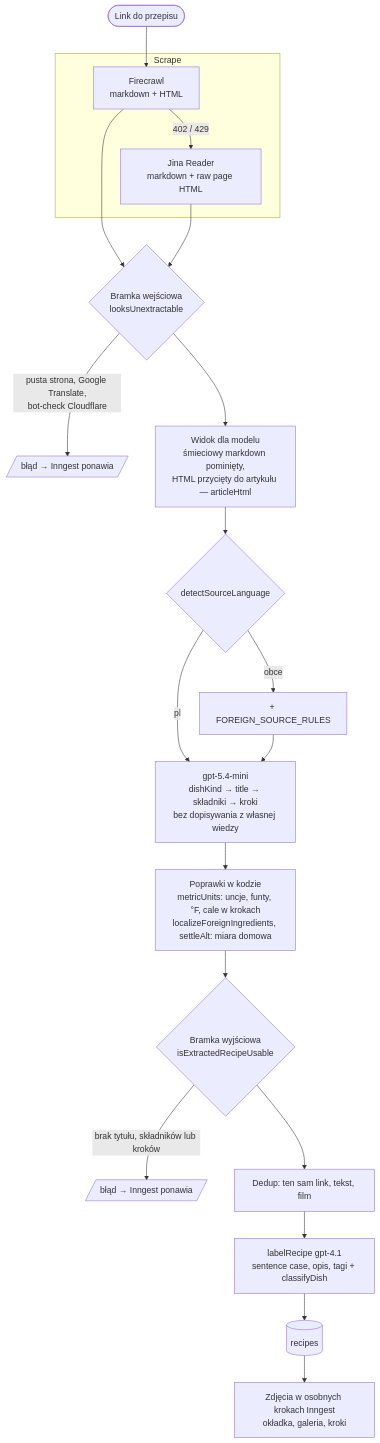
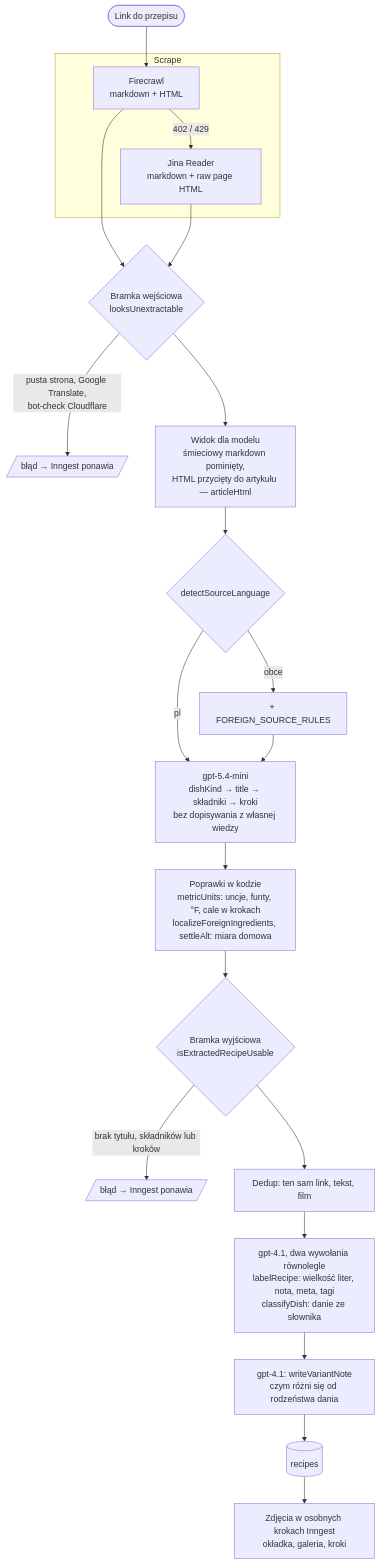
Before and after one commit to spokospace/zapiszprzepis: the diagram in context/foundation/extraction-pipeline.md, drawn with Mermaid. The commit also changed other lines of this file, not shown here.

Commit message:
docs(foundation): show the three labelling calls in the pipeline diagram

````diff
--- a/context/foundation/extraction-pipeline.md
+++ b/context/foundation/extraction-pipeline.md
@@ -7,32 +7,33 @@
 ```mermaid
 flowchart TD
     link([Link do przepisu]) --> fc
 
     subgraph scrape [Scrape]
         fc[Firecrawl<br/>markdown + HTML] -- 402 / 429 --> jina[Jina Reader<br/>markdown + raw page HTML]
     end
 
     fc --> gateIn
     jina --> gateIn
 
     gateIn{Bramka wejściowa<br/>looksUnextractable} -- pusta strona, Google Translate,<br/>bot-check Cloudflare --> retry1[/błąd → Inngest ponawia/]
     gateIn --> view
 
     view[Widok dla modelu<br/>śmieciowy markdown pominięty,<br/>HTML przycięty do artykułu — articleHtml]
     view --> lang{detectSourceLanguage}
     lang -- pl --> llm
     lang -- obce --> llmF[+ FOREIGN_SOURCE_RULES]
     llmF --> llm
 
     llm[gpt-5.4-mini<br/>dishKind → title → składniki → kroki<br/>bez dopisywania z własnej wiedzy]
     llm --> fix
 
     fix[Poprawki w kodzie<br/>metricUnits: uncje, funty, °F, cale w krokach<br/>localizeForeignIngredients, settleAlt: miara domowa]
     fix --> gateOut
 
     gateOut{Bramka wyjściowa<br/>isExtractedRecipeUsable} -- brak tytułu, składników lub kroków --> retry2[/błąd → Inngest ponawia/]
     gateOut --> dedup[Dedup: ten sam link, tekst, film]
-    dedup --> label[labelRecipe gpt-4.1<br/>sentence case, opis, tagi + classifyDish]
-    label --> db[(recipes)]
+    dedup --> label[gpt-4.1, dwa wywołania równolegle<br/>labelRecipe: wielkość liter, nota, meta, tagi<br/>classifyDish: danie ze słownika]
+    label --> variant[gpt-4.1: writeVariantNote<br/>czym różni się od rodzeństwa dania]
+    variant --> db[(recipes)]
     db --> images[Zdjęcia w osobnych krokach Inngest<br/>okładka, galeria, kroki]
 ```
````
